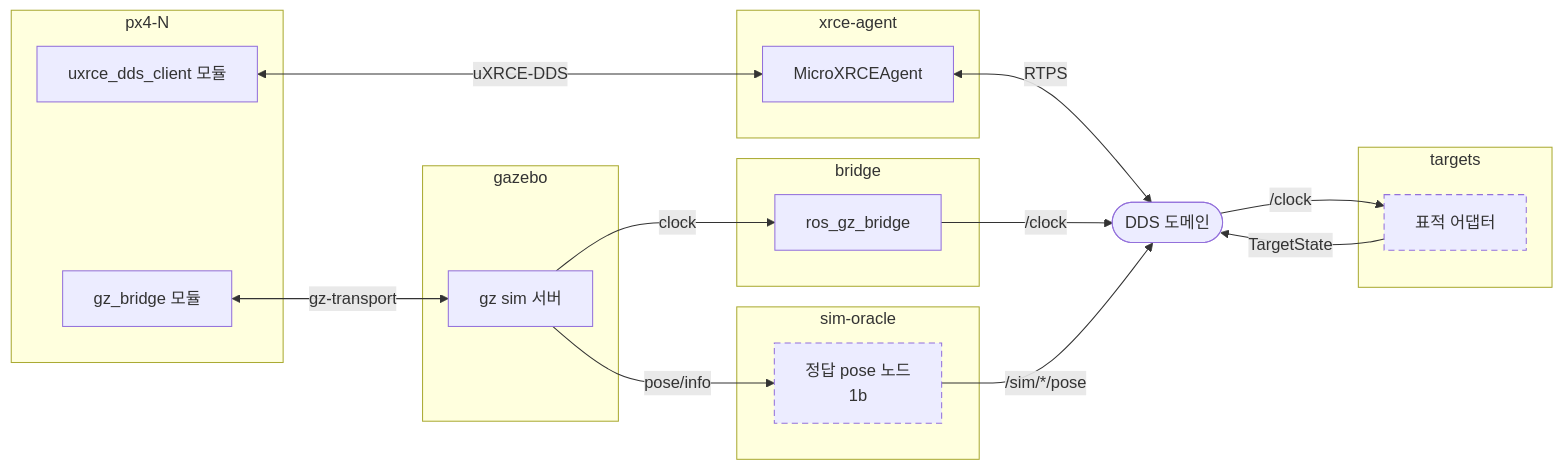
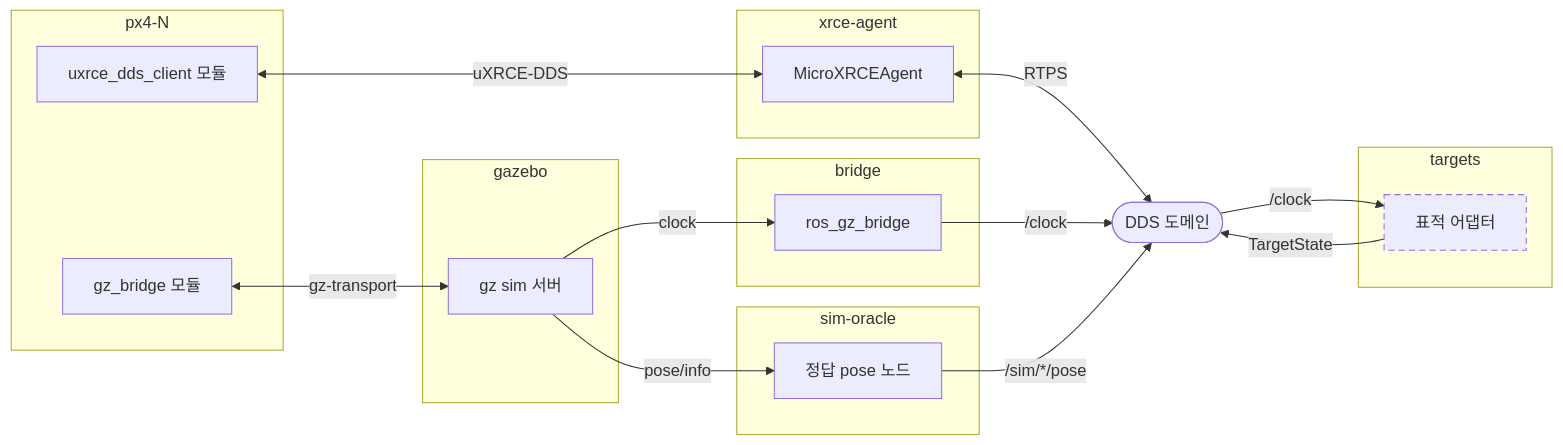
One commit to danielhongwoo/idsim changed the fourth of 8 diagrams in docs/architecture.md. Above: the diagram before and after it, drawn with Mermaid. The commit also changed other lines of this file and 1 other file, not shown here.

Commit message:
architecture와 1b 계획: B7 sim-oracle과 sim-topic lint를 구현에 맞추고 S1-a 실측을 적는다

````diff
--- a/docs/architecture.md
+++ b/docs/architecture.md
@@ -240,36 +240,36 @@
 ```mermaid
 flowchart LR
   subgraph PXC["px4-N"]
     UX["uxrce_dds_client 모듈"]
     GB["gz_bridge 모듈"]
   end
   subgraph AGC["xrce-agent"]
     AGP["MicroXRCEAgent"]
   end
   subgraph GZC["gazebo"]
     GZP["gz sim 서버"]
   end
   subgraph BRC["bridge"]
     BRP["ros_gz_bridge"]
   end
   subgraph TGC["targets"]
     TA["표적 어댑터"]
   end
   subgraph ORC["sim-oracle"]
-    ORP["정답 pose 노드<br/>1b"]
+    ORP["정답 pose 노드"]
   end
   DDS1(["DDS 도메인"])
 
   UX <-->|"uXRCE-DDS"| AGP
   GB <-->|"gz-transport"| GZP
   AGP <-->|"RTPS"| DDS1
   GZP -->|"clock"| BRP
   GZP -->|"pose/info"| ORP
   BRP -->|"/clock"| DDS1
   DDS1 -->|"/clock"| TA
   TA -->|"TargetState"| DDS1
   ORP -->|"/sim/*/pose"| DDS1
 
   classDef later stroke-dasharray: 6 4
-  class TA,ORP later
+  class TA later
 ```
````
